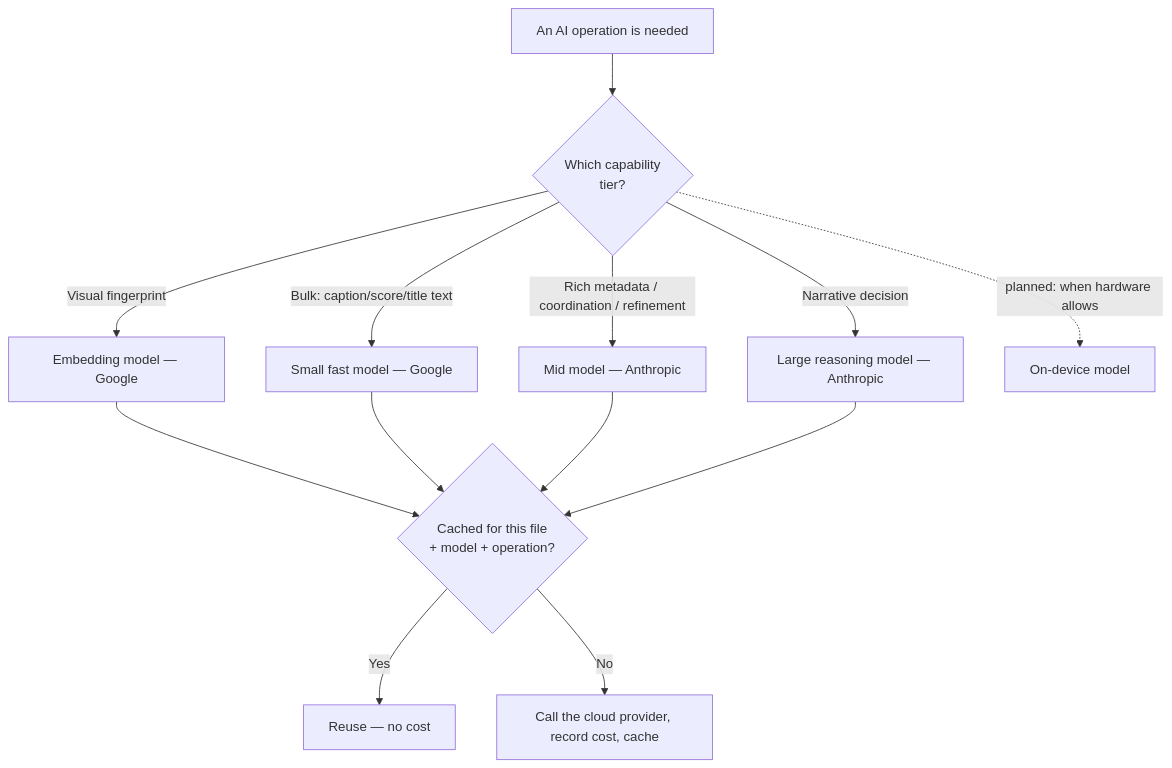
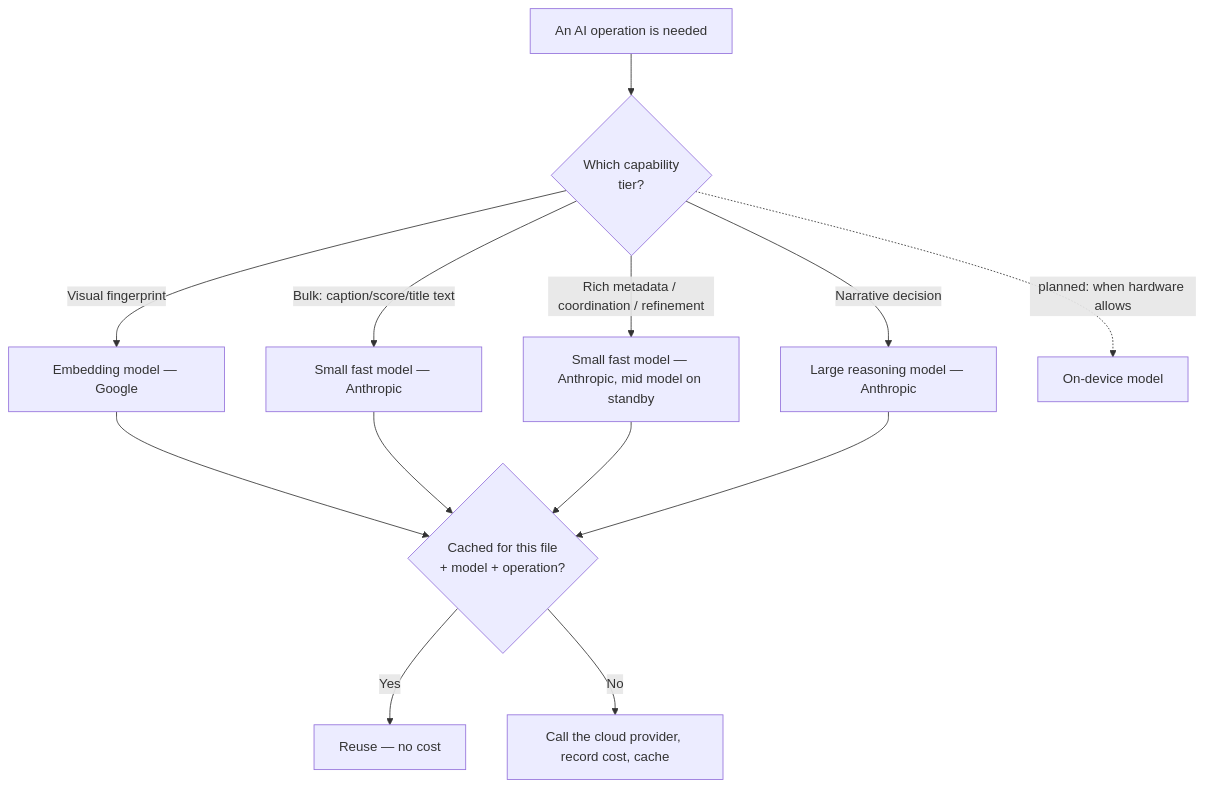
One commit to khoks/impact-crater changed the fourth of 5 diagrams in docs/OVERVIEW.md. Above: the diagram before and after it, drawn with Mermaid. The commit also changed other lines of this file and 52 other files, not shown here.

First line of the commit message:
feat(llm): Phase 1 model lineup — Haiku 5.5 Tier-S/M, Opus 5.5 judge, gemini-embedding-2 image vectors, 3.1-flash-lite-image [S-2.10.9] (#107)

````diff
--- a/docs/OVERVIEW.md
+++ b/docs/OVERVIEW.md
@@ -454,15 +456,15 @@
 ```mermaid
 flowchart TD
     OP[An AI operation is needed] --> TIER{Which capability<br/>tier?}
     TIER -->|Visual fingerprint| EMB[Embedding model — Google]
-    TIER -->|Bulk: caption/score/title text| SMALL[Small fast model — Google]
-    TIER -->|Rich metadata / coordination / refinement| MED[Mid model — Anthropic]
+    TIER -->|Bulk: caption/score/title text| SMALL[Small fast model — Anthropic]
+    TIER -->|Rich metadata / coordination / refinement| MED[Small fast model — Anthropic, mid model on standby]
     TIER -->|Narrative decision| LARGE[Large reasoning model — Anthropic]
     EMB --> CACHE
     SMALL --> CACHE
     MED --> CACHE
     LARGE --> CACHE{Cached for this file<br/>+ model + operation?}
     CACHE -->|Yes| HIT[Reuse — no cost]
     CACHE -->|No| CALL[Call the cloud provider, record cost, cache]
     TIER -. planned: when hardware allows .-> LOCAL[On-device model]
 ```
````
